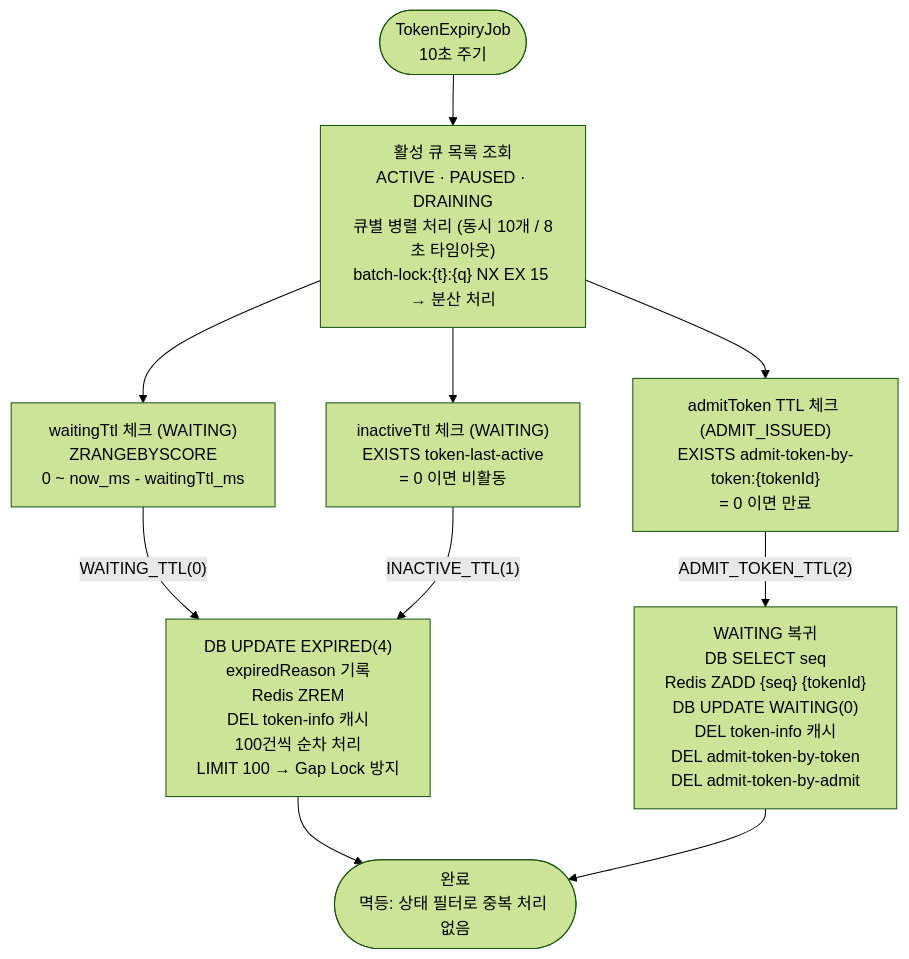
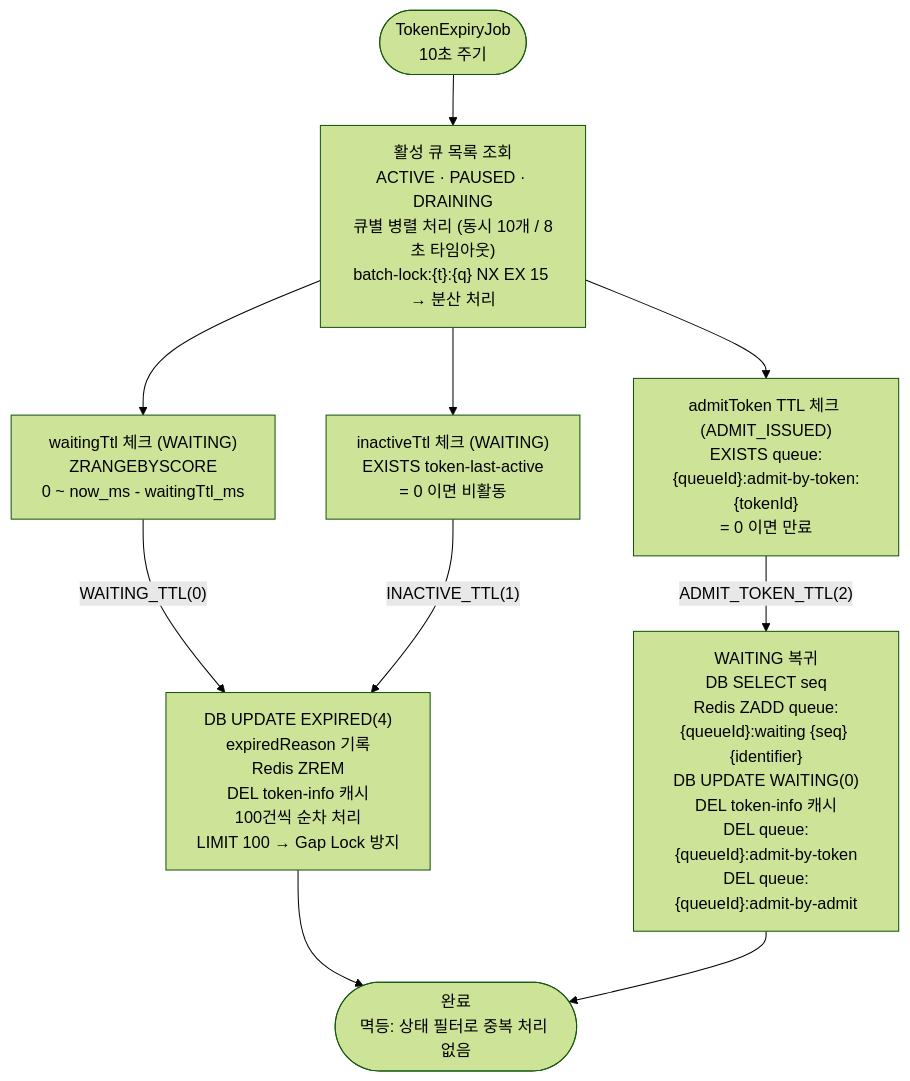
The sixth of 12 diagrams in doc/FLOW.md (S-Onix/queue-platform), drawn with Mermaid (forest theme) before and after one commit. The commit also changed other lines of this file and 7 other files, not shown here.

````diff
--- a/doc/FLOW.md
+++ b/doc/FLOW.md
@@ -212,19 +218,19 @@
 ```mermaid
 flowchart TD
     JOB(["TokenExpiryJob\n10초 주기"])
     --> ALIST["활성 큐 목록 조회\nACTIVE · PAUSED · DRAINING\n큐별 병렬 처리 (동시 10개 / 8초 타임아웃)\nbatch-lock:{t}:{q} NX EX 15 → 분산 처리"]
 
     ALIST --> W1 & W2 & W3
 
     W1["waitingTtl 체크 (WAITING)\nZRANGEBYSCORE\n0 ~ now_ms - waitingTtl_ms"]
     W2["inactiveTtl 체크 (WAITING)\nEXISTS token-last-active\n= 0 이면 비활동"]
-    W3["admitToken TTL 체크 (ADMIT_ISSUED)\nEXISTS admit-token-by-token:{tokenId}\n= 0 이면 만료"]
+    W3["admitToken TTL 체크 (ADMIT_ISSUED)\nEXISTS queue:{queueId}:admit-by-token:{tokenId}\n= 0 이면 만료"]
 
     W1 -->|"WAITING_TTL(0)"| EXP["DB UPDATE EXPIRED(4)\nexpiredReason 기록\nRedis ZREM\nDEL token-info 캐시\n100건씩 순차 처리\nLIMIT 100 → Gap Lock 방지"]
     W2 -->|"INACTIVE_TTL(1)"| EXP
 
-    W3 -->|"ADMIT_TOKEN_TTL(2)"| BACK["WAITING 복귀\nDB SELECT seq\nRedis ZADD {seq} {tokenId}\nDB UPDATE WAITING(0)\nDEL token-info 캐시\nDEL admit-token-by-token\nDEL admit-token-by-admit"]
+    W3 -->|"ADMIT_TOKEN_TTL(2)"| BACK["WAITING 복귀\nDB SELECT seq\nRedis ZADD queue:{queueId}:waiting {seq} {identifier}\nDB UPDATE WAITING(0)\nDEL token-info 캐시\nDEL queue:{queueId}:admit-by-token\nDEL queue:{queueId}:admit-by-admit"]
 
     EXP --> DONE(["완료\n멱등: 상태 필터로 중복 처리 없음"])
     BACK --> DONE
 ```
````
